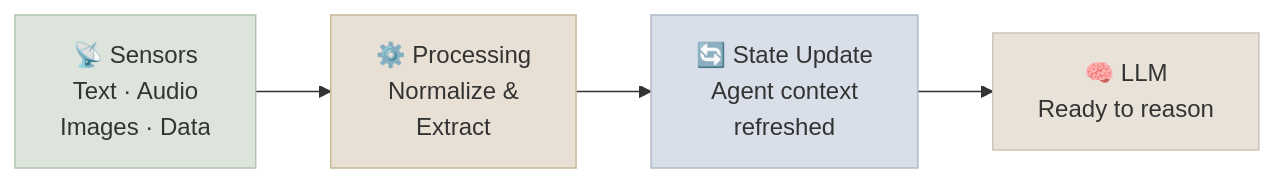
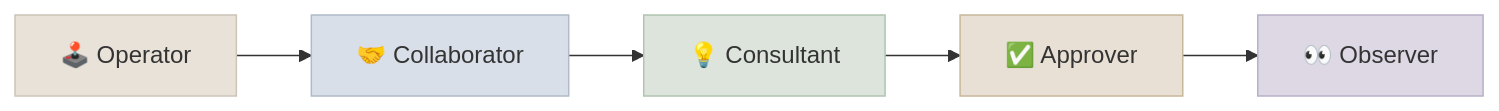
The second of 3 diagrams in src/content/12-Agent-Foundations/Notes/01-What-Are-AI-Agents.mdx (sundante/sun-course-genai), drawn with Mermaid before and after one commit. The commit also changed other lines of this file and 148 other files, not shown here.

````diff
--- a/src/content/12-Agent-Foundations/Notes/01-What-Are-AI-Agents.mdx
+++ b/src/content/12-Agent-Foundations/Notes/01-What-Are-AI-Agents.mdx
@@ -245,14 +94,10 @@
 ```mermaid
 flowchart LR
-    S["📡 Sensors\nText · Audio\nImages · Data"]
-    Pr["⚙️ Processing\nNormalize &\nExtract"]
-    Su["🔄 State Update\nAgent context\nrefreshed"]
-    LLM["🧠 LLM\nReady to reason"]
+    O["🕹️ Operator"] --> C["🤝 Collaborator"] --> Co["💡 Consultant"] --> A["✅ Approver"] --> Ob["👀 Observer"]
 
-    S --> Pr --> Su --> LLM
-
-    style S fill:#dde4dc,stroke:#b0c4b0
-    style Pr fill:#e8e0d4,stroke:#c8b89a
-    style Su fill:#d8dfe8,stroke:#b0bac8
-    style LLM fill:#e8e2d9,stroke:#ccc4b8
+    style O fill:#e8e2d9,stroke:#ccc4b8
+    style C fill:#d8dfe8,stroke:#b0bac8
+    style Co fill:#dde4dc,stroke:#b0c4b0
+    style A fill:#e8e0d4,stroke:#c8b89a
+    style Ob fill:#ddd8e4,stroke:#b8b0c8
 ```
````
